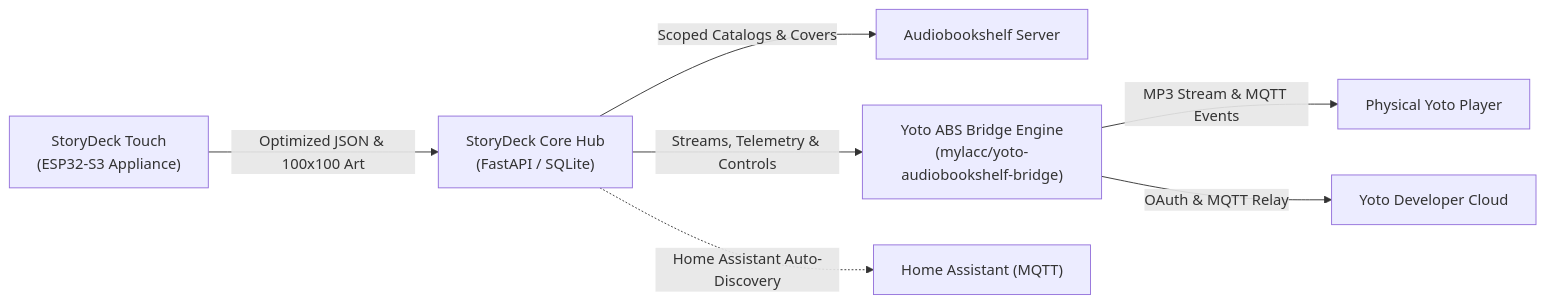
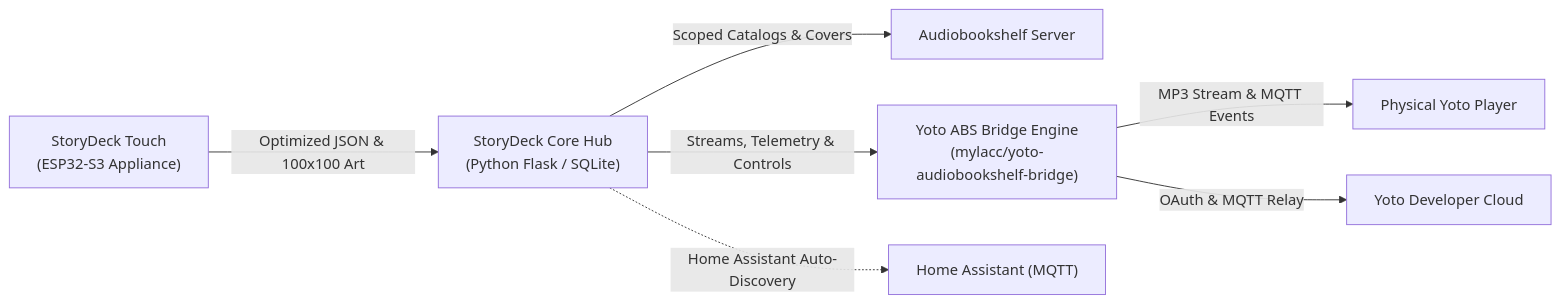
Before and after one commit to YotoStoryDeck/core: the diagram in README.md, drawn with Mermaid. The commit also changed other lines of this file, not shown here.

Commit message:
docs: update README with current architecture, kiosk endpoints, and travel safety

````diff
--- a/README.md
+++ b/README.md
@@ -22,9 +22,9 @@
 ```mermaid
 flowchart LR
-    Touch["StoryDeck Touch<br/>(ESP32-S3 Appliance)"] -->|"Optimized JSON & 100x100 Art"| Core["StoryDeck Core Hub<br/>(FastAPI / SQLite)"]
+    Touch["StoryDeck Touch<br/>(ESP32-S3 Appliance)"] -->|"Optimized JSON & 100x100 Art"| Core["StoryDeck Core Hub<br/>(Python Flask / SQLite)"]
     Core -->|"Scoped Catalogs & Covers"| ABS["Audiobookshelf Server"]
     Core -->|"Streams, Telemetry & Controls"| Bridge["Yoto ABS Bridge Engine<br/>(mylacc/yoto-audiobookshelf-bridge)"]
     Core -.->|"Home Assistant Auto-Discovery"| HA["Home Assistant (MQTT)"]
     Bridge -->|"MP3 Stream & MQTT Events"| YotoPlayer["Physical Yoto Player"]
     Bridge -->|"OAuth & MQTT Relay"| YotoCloud["Yoto Developer Cloud"]
 ```
````
